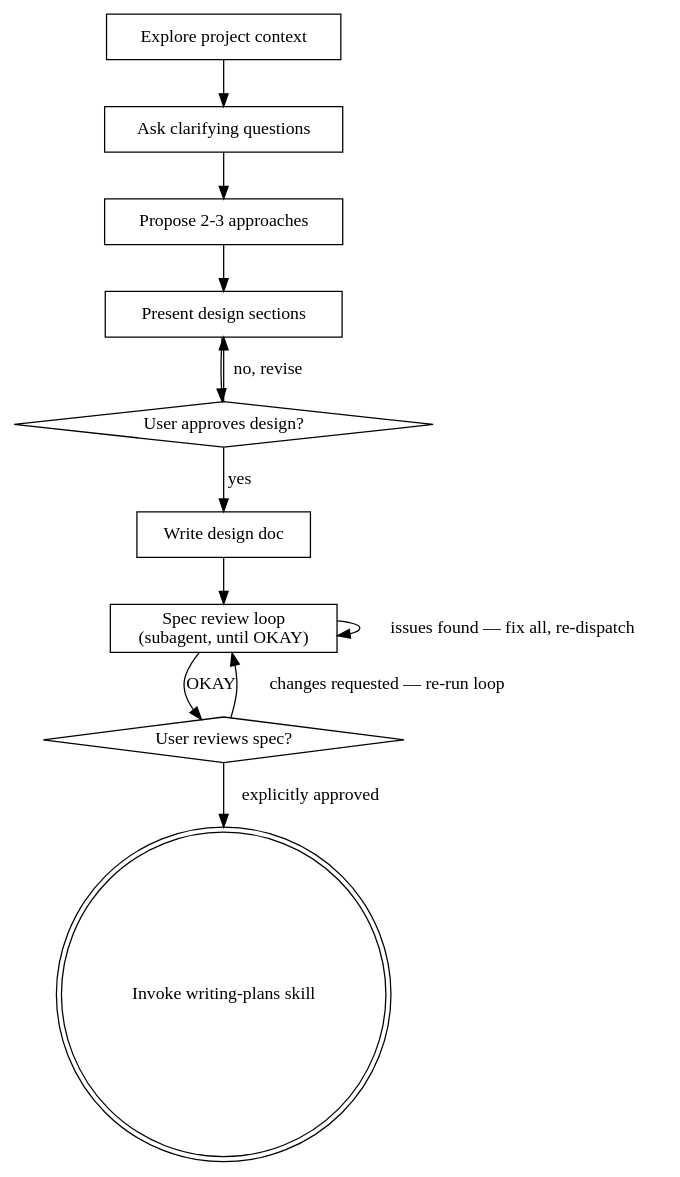
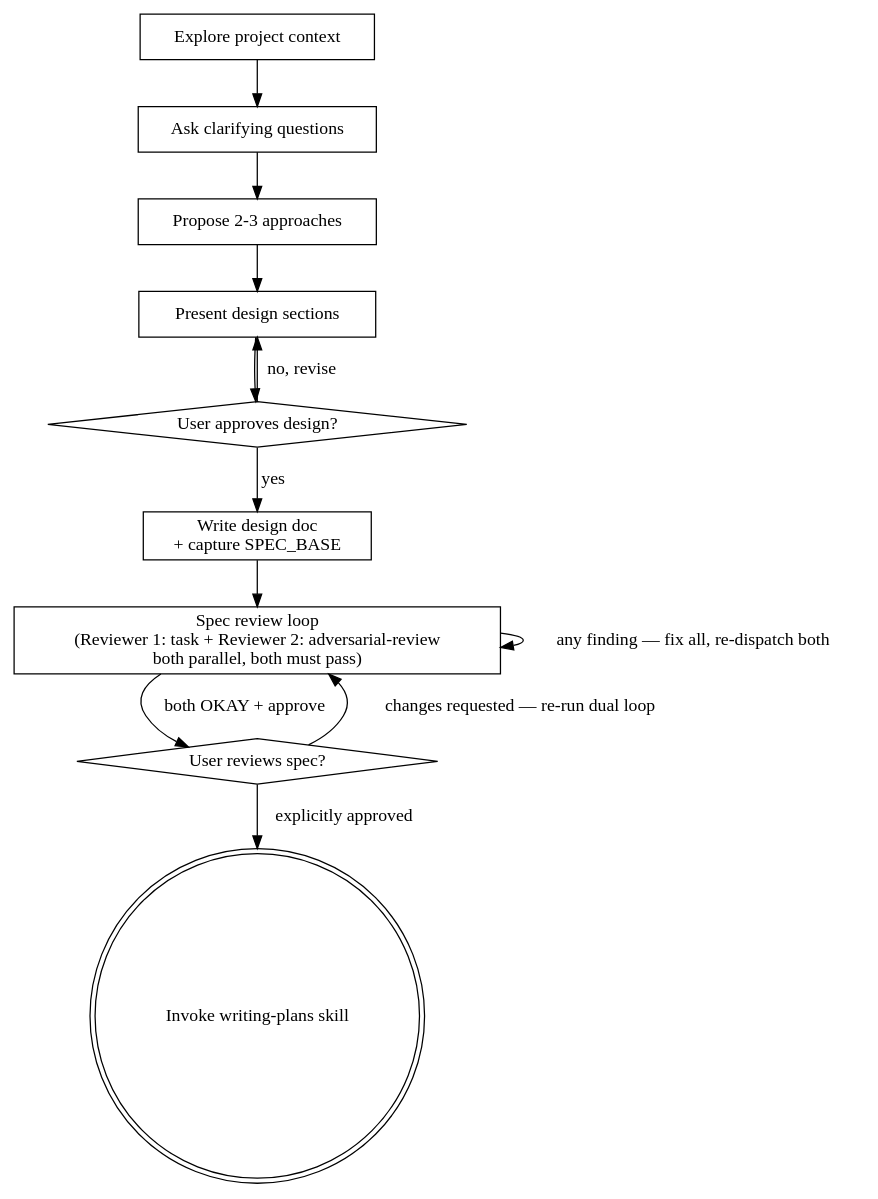
One commit to stu43005/superpowers-codex changed the diagram in skills/brainstorming/SKILL.md. Above: the diagram before and after it, drawn with Graphviz. The commit also changed other lines of this file, not shown here.

Commit message:
feat(brainstorming): dual-reviewer codex spec review loop

````diff
--- a/skills/brainstorming/SKILL.md
+++ b/skills/brainstorming/SKILL.md
@@ -35,25 +35,25 @@
 ```dot
 digraph brainstorming {
     "Explore project context" [shape=box];
     "Ask clarifying questions" [shape=box];
     "Propose 2-3 approaches" [shape=box];
     "Present design sections" [shape=box];
     "User approves design?" [shape=diamond];
-    "Write design doc" [shape=box];
-    "Spec review loop\n(subagent, until OKAY)" [shape=box];
+    "Write design doc\n+ capture SPEC_BASE" [shape=box];
+    "Spec review loop\n(Reviewer 1: task + Reviewer 2: adversarial-review\nboth parallel, both must pass)" [shape=box];
     "User reviews spec?" [shape=diamond];
     "Invoke writing-plans skill" [shape=doublecircle];
 
     "Explore project context" -> "Ask clarifying questions";
     "Ask clarifying questions" -> "Propose 2-3 approaches";
     "Propose 2-3 approaches" -> "Present design sections";
     "Present design sections" -> "User approves design?";
     "User approves design?" -> "Present design sections" [label="no, revise"];
-    "User approves design?" -> "Write design doc" [label="yes"];
-    "Write design doc" -> "Spec review loop\n(subagent, until OKAY)";
-    "Spec review loop\n(subagent, until OKAY)" -> "Spec review loop\n(subagent, until OKAY)" [label="issues found — fix all, re-dispatch"];
-    "Spec review loop\n(subagent, until OKAY)" -> "User reviews spec?" [label="OKAY"];
-    "User reviews spec?" -> "Spec review loop\n(subagent, until OKAY)" [label="changes requested — re-run loop"];
+    "User approves design?" -> "Write design doc\n+ capture SPEC_BASE" [label="yes"];
+    "Write design doc\n+ capture SPEC_BASE" -> "Spec review loop\n(Reviewer 1: task + Reviewer 2: adversarial-review\nboth parallel, both must pass)";
+    "Spec review loop\n(Reviewer 1: task + Reviewer 2: adversarial-review\nboth parallel, both must pass)" -> "Spec review loop\n(Reviewer 1: task + Reviewer 2: adversarial-review\nboth parallel, both must pass)" [label="any finding — fix all, re-dispatch both"];
+    "Spec review loop\n(Reviewer 1: task + Reviewer 2: adversarial-review\nboth parallel, both must pass)" -> "User reviews spec?" [label="both OKAY + approve"];
+    "User reviews spec?" -> "Spec review loop\n(Reviewer 1: task + Reviewer 2: adversarial-review\nboth parallel, both must pass)" [label="changes requested — re-run dual loop"];
     "User reviews spec?" -> "Invoke writing-plans skill" [label="explicitly approved"];
 }
 ```
````
